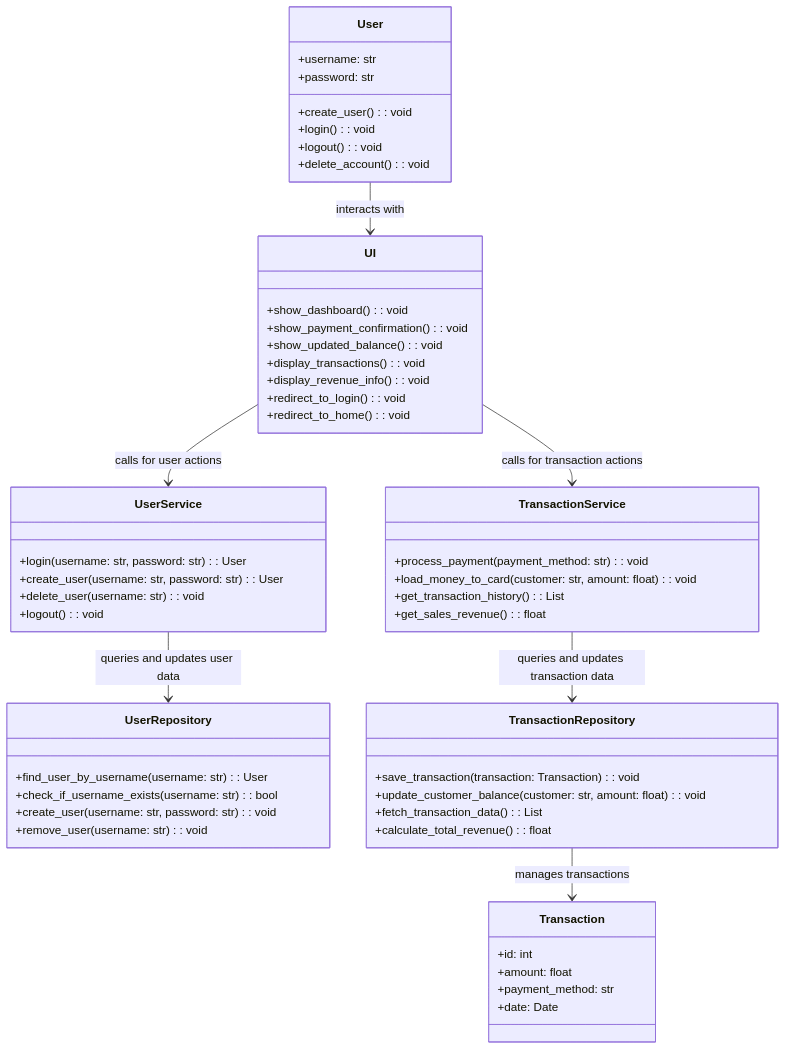
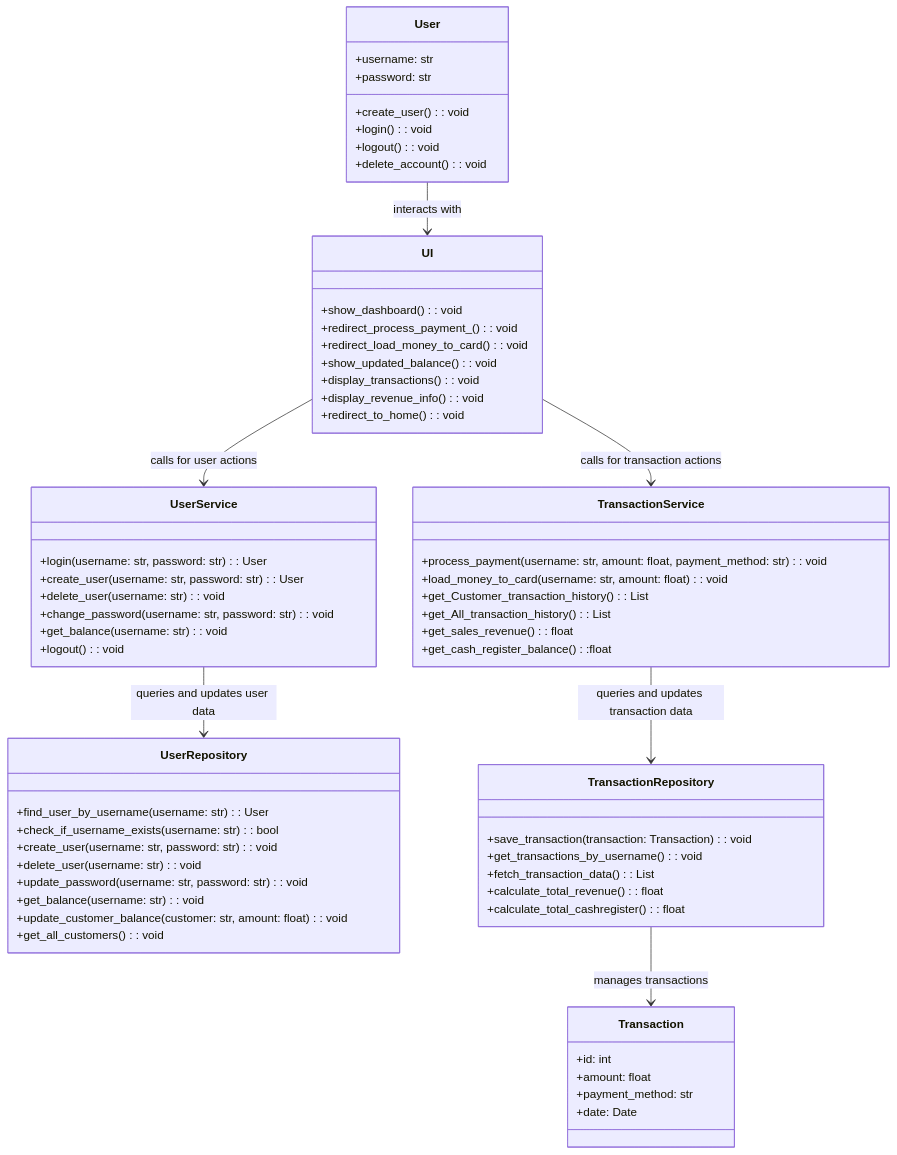
One commit to xiongxiaowen/ot-harjoitustyo changed the first of 2 diagrams in dokumentaatio/architecture.md. Above: the diagram before and after it, drawn with Mermaid. The commit also changed other lines of this file and 3 other files, not shown here.

Commit message:
updated architecture diagrams and changelog

````diff
--- a/dokumentaatio/architecture.md
+++ b/dokumentaatio/architecture.md
@@ -35,63 +35,72 @@
 ```mermaid
 classDiagram
     class User {
         +username: str
         +password: str
         +create_user(): void
         +login(): void
         +logout(): void
         +delete_account(): void
     }
 
     class UI {
         +show_dashboard(): void
-        +show_payment_confirmation(): void
+        +redirect_process_payment_(): void
+        +redirect_load_money_to_card(): void
         +show_updated_balance(): void
         +display_transactions(): void
         +display_revenue_info(): void
-        +redirect_to_login(): void
         +redirect_to_home(): void
     }
 
     class UserService {
         +login(username: str, password: str): User
         +create_user(username: str, password: str): User
         +delete_user(username: str): void
+        +change_password(username: str, password: str): void
+        +get_balance(username: str): void
         +logout(): void
     }
 
     class TransactionService {
-        +process_payment(payment_method: str): void
-        +load_money_to_card(customer: str, amount: float): void
-        +get_transaction_history(): List<Transaction>
+        +process_payment(username: str, amount: float, payment_method: str): void
+        +load_money_to_card(username: str, amount: float): void
+        +get_Customer_transaction_history(): List<Transaction>
+        +get_All_transaction_history(): List<Transaction>
         +get_sales_revenue(): float
+        +get_cash_register_balance():float
     }
 
     class UserRepository {
         +find_user_by_username(username: str): User
         +check_if_username_exists(username: str): bool
         +create_user(username: str, password: str): void
-        +remove_user(username: str): void
+        +delete_user(username: str): void
+        +update_password(username: str, password: str): void
+        +get_balance(username: str): void
+        +update_customer_balance(customer: str, amount: float): void
+        +get_all_customers(): void
     }
 
     class TransactionRepository {
         +save_transaction(transaction: Transaction): void
-        +update_customer_balance(customer: str, amount: float): void
+        +get_transactions_by_username(): void
         +fetch_transaction_data(): List<Transaction>
         +calculate_total_revenue(): float
+        +calculate_total_cashregister(): float
     }
 
     class Transaction {
         +id: int
         +amount: float
         +payment_method: str
         +date: Date
     }
 
     User --> UI : interacts with
     UI --> UserService : calls for user actions
     UI --> TransactionService : calls for transaction actions
     UserService --> UserRepository : queries and updates user data
     TransactionService --> TransactionRepository : queries and updates transaction data
     TransactionRepository --> Transaction : manages transactions
 ```
````
